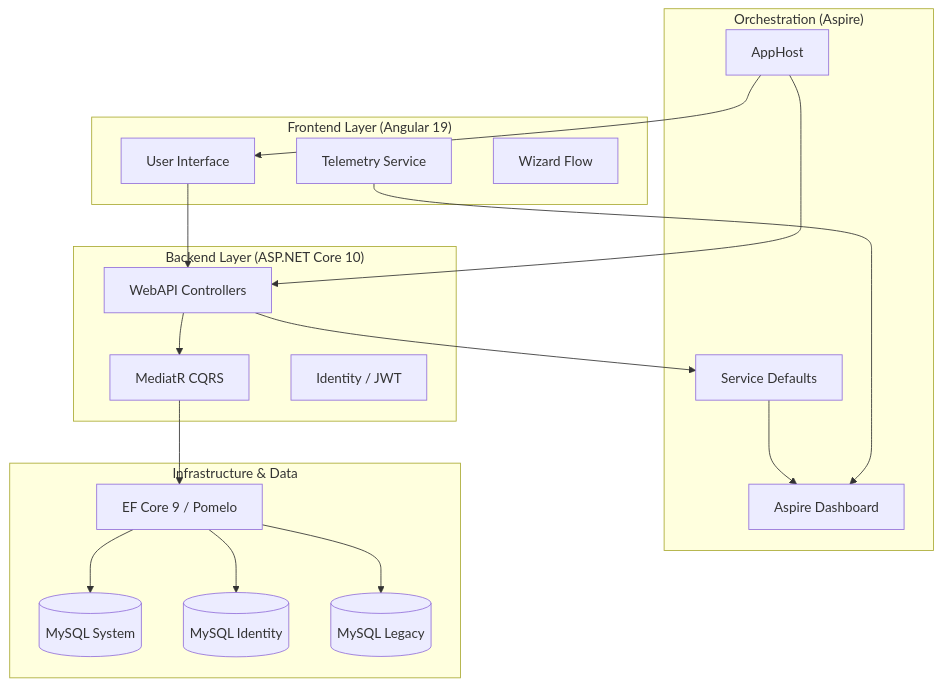
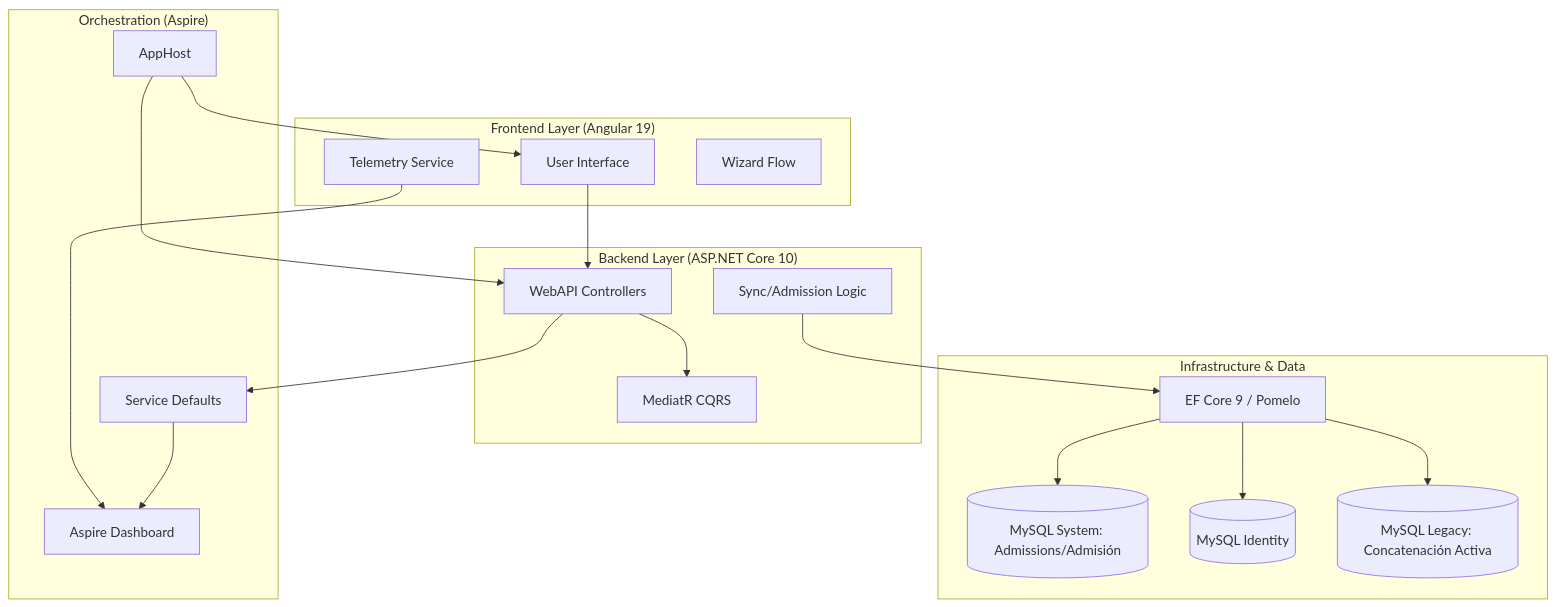
Before and after one commit to IngJoseBracamonte/Sistema2020Excelencia: the diagram in agent/docs/Architecture.md, drawn with Mermaid. The commit also changed other lines of this file and 16 other files, not shown here.

Commit message:
feat: Implement admission and billing commands, entities, and repositories, alongside comprehensive architectural and data flow documentation, including legacy system integration.

````diff
--- a/agent/docs/Architecture.md
+++ b/agent/docs/Architecture.md
@@ -9,40 +9,40 @@
 ```mermaid
 graph TD
     subgraph "Frontend Layer (Angular 19)"
         UI[User Interface]
         TS[Telemetry Service]
         Wiz[Wizard Flow]
     end
 
     subgraph "Orchestration (Aspire)"
         AH[AppHost]
         SD[Service Defaults]
         Dash[Aspire Dashboard]
     end
 
     subgraph "Backend Layer (ASP.NET Core 10)"
         API[WebAPI Controllers]
         Med[MediatR CQRS]
-        Auth[Identity / JWT]
+        Sync[Sync/Admission Logic]
     end
 
     subgraph "Infrastructure & Data"
         EF[EF Core 9 / Pomelo]
-        DB_Sys[(MySQL System)]
+        DB_Sys[(MySQL System: Admissions/Admisión)]
         DB_Id[(MySQL Identity)]
-        DB_Leg[(MySQL Legacy)]
+        DB_Leg[(MySQL Legacy: Concatenación Activa)]
     end
 
     UI --> API
     API --> Med
-    Med --> EF
+    Sync --> EF
     EF --> DB_Sys
     EF --> DB_Id
     EF --> DB_Leg
     
     TS --> Dash
     API --> SD
     SD --> Dash
     AH --> API
     AH --> UI
 ```
````
